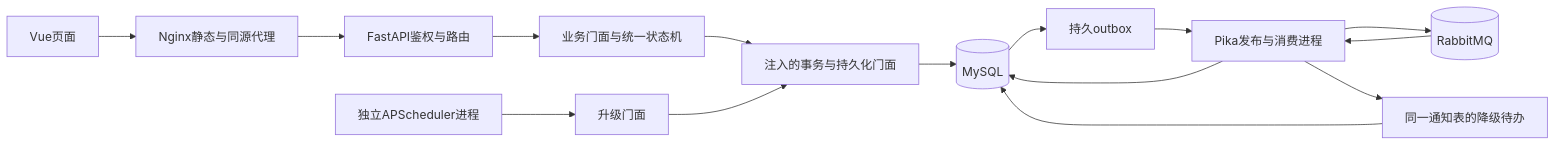
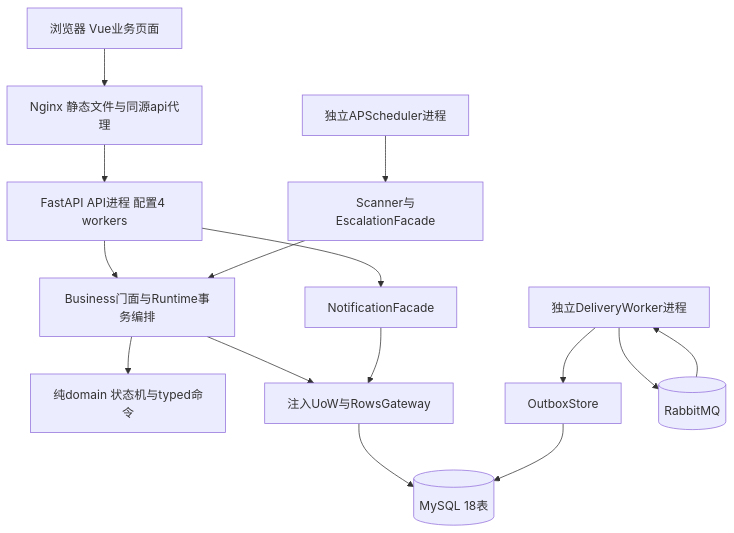
The first of 4 diagrams in reports/final/design-report.md (HJY147/t44-dev-trace), drawn with Mermaid before and after one commit. The commit also changed other lines of this file and 17 other files, not shown here.

````diff
--- a/reports/final/design-report.md
+++ b/reports/final/design-report.md
@@ -27,17 +31,17 @@
 ```mermaid
-flowchart LR
-  Browser[Vue页面] --> Web[Nginx静态与同源代理]
-  Web --> API[FastAPI鉴权与路由]
-  API --> Facade[业务门面与统一状态机]
-  Facade --> UOW[注入的事务与持久化门面]
-  UOW --> DB[(MySQL)]
-  Scan[独立APScheduler进程] --> Escalation[升级门面]
-  Escalation --> UOW
-  DB --> Outbox[持久outbox]
-  Outbox --> Worker[Pika发布与消费进程]
-  Worker --> MQ[(RabbitMQ)]
-  MQ --> Worker
-  Worker --> DB
-  Worker --> Todo[同一通知表的降级待办]
-  Todo --> DB
+flowchart TB
+  UI[浏览器 Vue业务页面] --> Nginx[Nginx 静态文件与同源api代理]
+  Nginx --> API[FastAPI API进程 配置4 workers]
+  API --> Services[Business门面与Runtime事务编排]
+  Services --> Domain[纯domain 状态机与typed命令]
+  Services --> Rows[注入UoW与RowsGateway]
+  Rows --> MySQL[(MySQL 18表)]
+  Sched[独立APScheduler进程] --> Scanner[Scanner与EscalationFacade]
+  Scanner --> Services
+  Worker[独立DeliveryWorker进程] --> Store[OutboxStore]
+  Store --> MySQL
+  Worker --> Rabbit[(RabbitMQ)]
+  Rabbit --> Worker
+  API --> Notify[NotificationFacade]
+  Notify --> Rows
 ```
````
